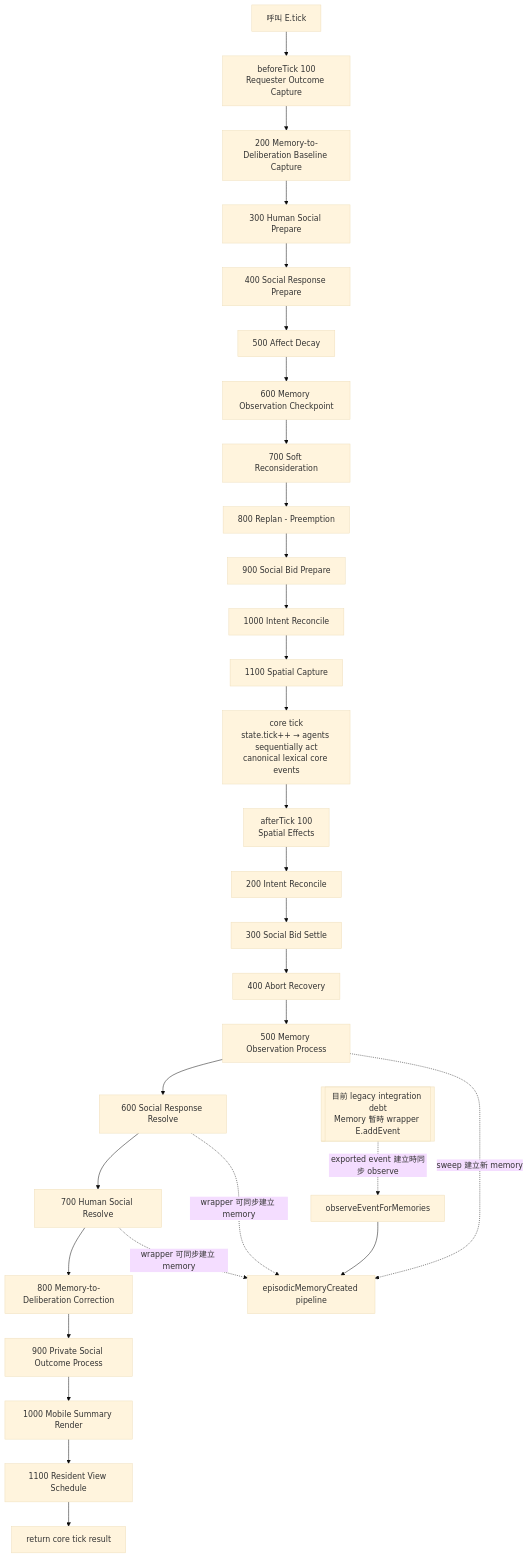
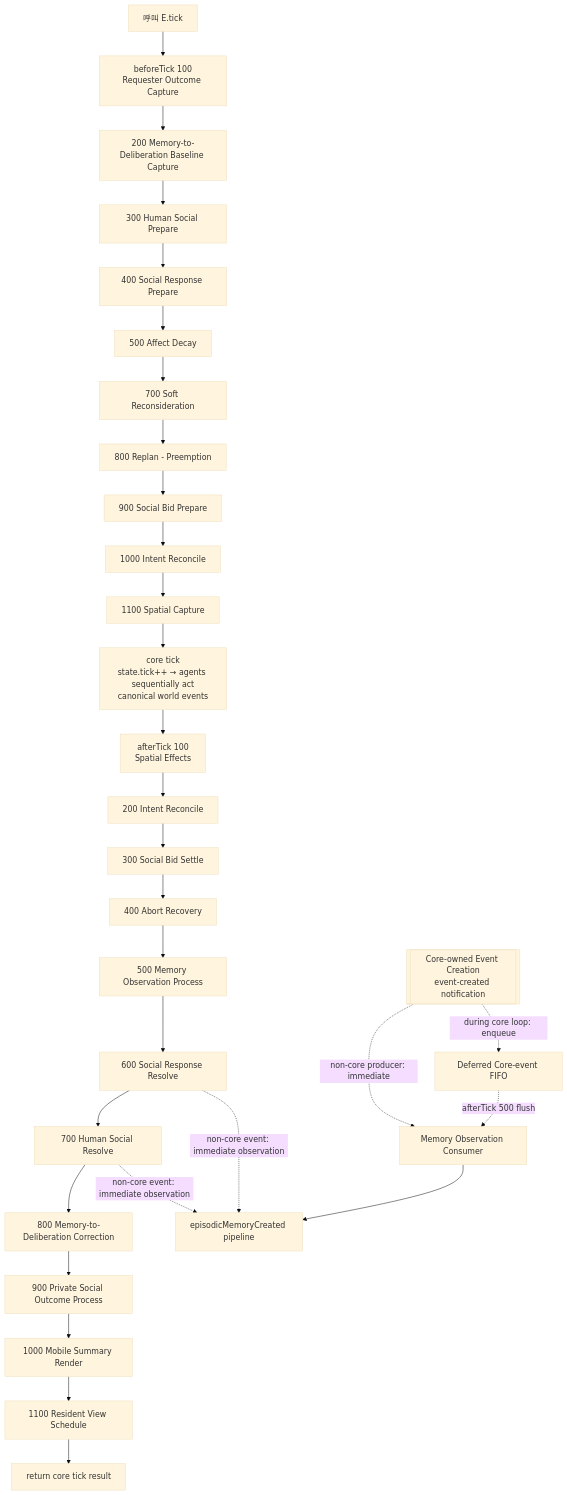
Before and after one commit to Prysline/emergent-causal-sim: the first of 2 diagrams in docs/tick-pipeline.md, drawn with Mermaid (base theme). The commit also changed other lines of this file, not shown here.

Commit message:
docs: update event observation pipeline contract

````diff
--- a/docs/tick-pipeline.md
+++ b/docs/tick-pipeline.md
@@ -11,35 +13,35 @@
 ```mermaid
 flowchart TD
     START[呼叫 E.tick] --> B100[beforeTick 100\nRequester Outcome Capture]
     B100 --> B200[200 Memory-to-Deliberation Baseline Capture]
     B200 --> B300[300 Human Social Prepare]
     B300 --> B400[400 Social Response Prepare]
     B400 --> B500[500 Affect Decay]
-    B500 --> B600[600 Memory Observation Checkpoint]
-    B600 --> B700[700 Soft Reconsideration]
+    B500 --> B700[700 Soft Reconsideration]
     B700 --> B800[800 Replan - Preemption]
     B800 --> B900[900 Social Bid Prepare]
     B900 --> B1000[1000 Intent Reconcile]
     B1000 --> B1100[1100 Spatial Capture]
 
-    B1100 --> CORE[core tick\nstate.tick++ → agents sequentially act\ncanonical lexical core events]
+    B1100 --> CORE[core tick\nstate.tick++ → agents sequentially act\ncanonical world events]
 
     CORE --> A100[afterTick 100\nSpatial Effects]
     A100 --> A200[200 Intent Reconcile]
     A200 --> A300[300 Social Bid Settle]
     A300 --> A400[400 Abort Recovery]
     A400 --> A500[500 Memory Observation Process]
     A500 --> A600[600 Social Response Resolve]
     A600 --> A700[700 Human Social Resolve]
     A700 --> A800[800 Memory-to-Deliberation Correction]
     A800 --> A900[900 Private Social Outcome Process]
     A900 --> A1000[1000 Mobile Summary Render]
     A1000 --> A1100[1100 Resident View Schedule]
     A1100 --> END[return core tick result]
 
-    WRAP[[目前 legacy integration debt\nMemory 暫時 wrapper E.addEvent]] -. exported event 建立時同步 observe .-> MEM[observeEventForMemories]
+    EVENT[[Core-owned Event Creation\nevent-created notification]] -. non-core producer: immediate .-> MEM[Memory Observation Consumer]
+    EVENT -. during core loop: enqueue .-> QUEUE[Deferred Core-event FIFO]
+    QUEUE -. afterTick 500 flush .-> MEM
     MEM --> EMC[episodicMemoryCreated pipeline]
-    A500 -. sweep 建立新 memory .-> EMC
-    A600 -. wrapper 可同步建立 memory .-> EMC
-    A700 -. wrapper 可同步建立 memory .-> EMC
+    A600 -. non-core event: immediate observation .-> EMC
+    A700 -. non-core event: immediate observation .-> EMC
 ```
````
